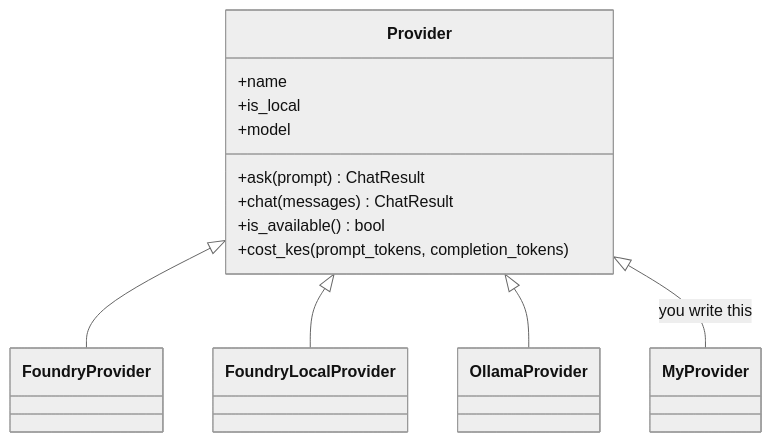
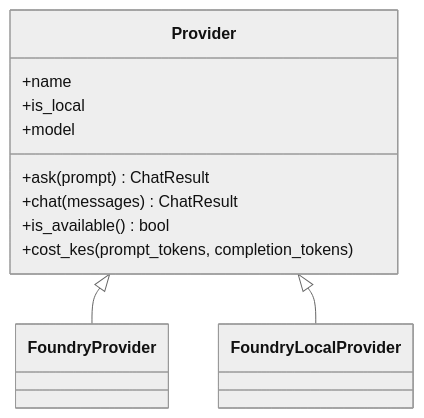
Before and after one commit to Malvine254/pycon-2026: the diagram in labs/03-unified-client.md, drawn with Mermaid (neutral theme). The commit also changed other lines of this file, not shown here.

````diff
--- a/labs/03-unified-client.md
+++ b/labs/03-unified-client.md
@@ -13,16 +13,14 @@
 ```mermaid
 classDiagram
     class Provider {
         +name
         +is_local
         +model
         +ask(prompt) ChatResult
         +chat(messages) ChatResult
         +is_available() bool
         +cost_kes(prompt_tokens, completion_tokens)
     }
     Provider <|-- FoundryProvider
     Provider <|-- FoundryLocalProvider
-    Provider <|-- OllamaProvider
-    Provider <|-- MyProvider : you write this
 ```
````
